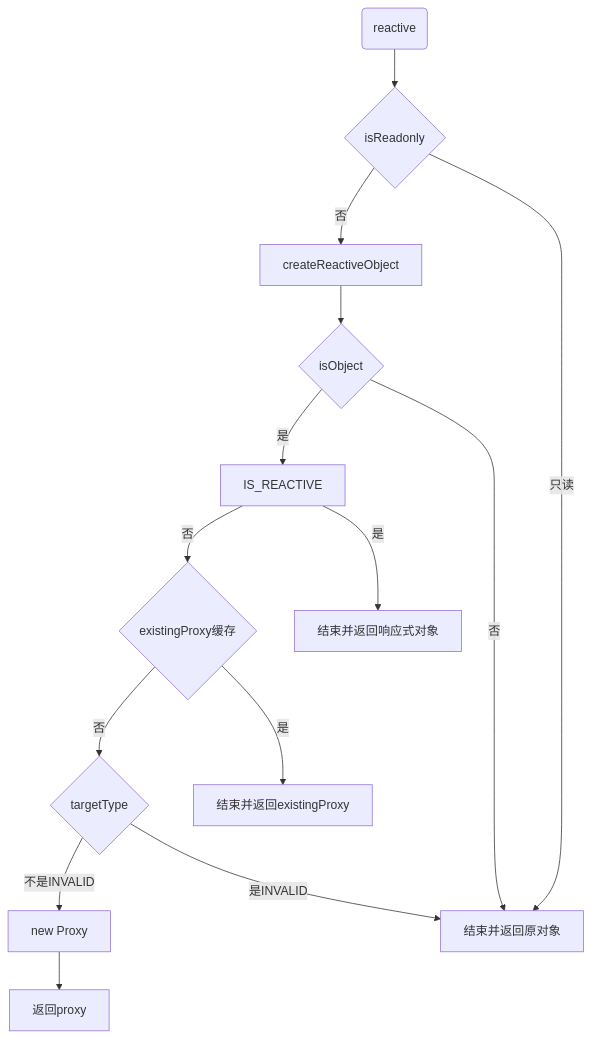
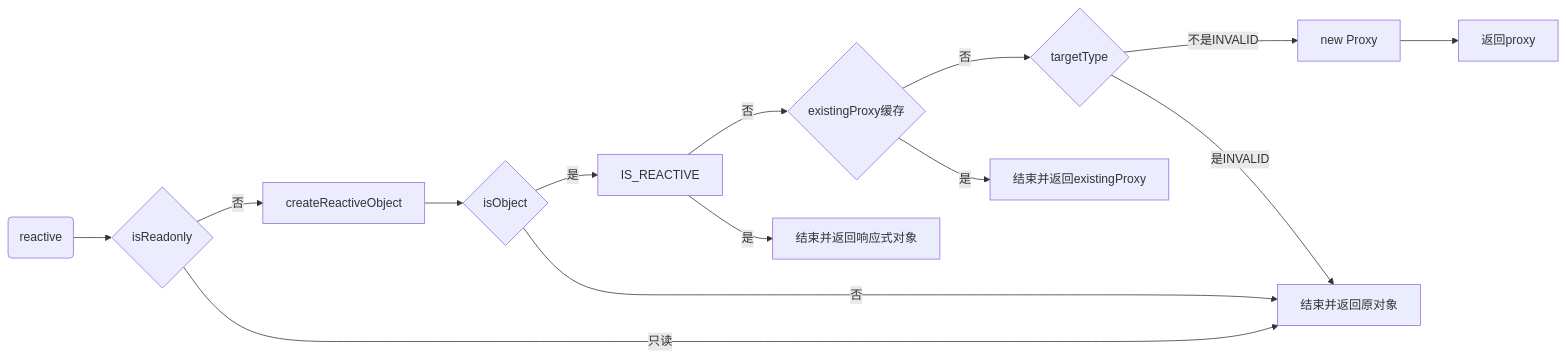
One commit to Buzhifanji/learn-vue3 changed the diagram in docs/reactive.md. Above: the diagram before and after it, drawn with Mermaid.

Commit message:
更改顺序

````diff
--- a/docs/reactive.md
+++ b/docs/reactive.md
@@ -11,9 +11,9 @@
 ```mermaid
-graph TD;
+graph LR;
     A(reactive)-->B{isReadonly}--否-->D[createReactiveObject]-->E{isObject}--是-->F{IS_REACTIVE}--否-->G{existingProxy缓存}--否-->H{targetType}--不是INVALID-->N[new Proxy]-->K[返回proxy];
     B{isReadonly}--只读-->C[结束并返回原对象]
     E{isObject}--否-->C
     F[IS_REACTIVE]--是-->L[结束并返回响应式对象]
     G{existingProxy缓存}--是-->M[结束并返回existingProxy]
     H{targetType}--是INVALID-->C
 ```
````
